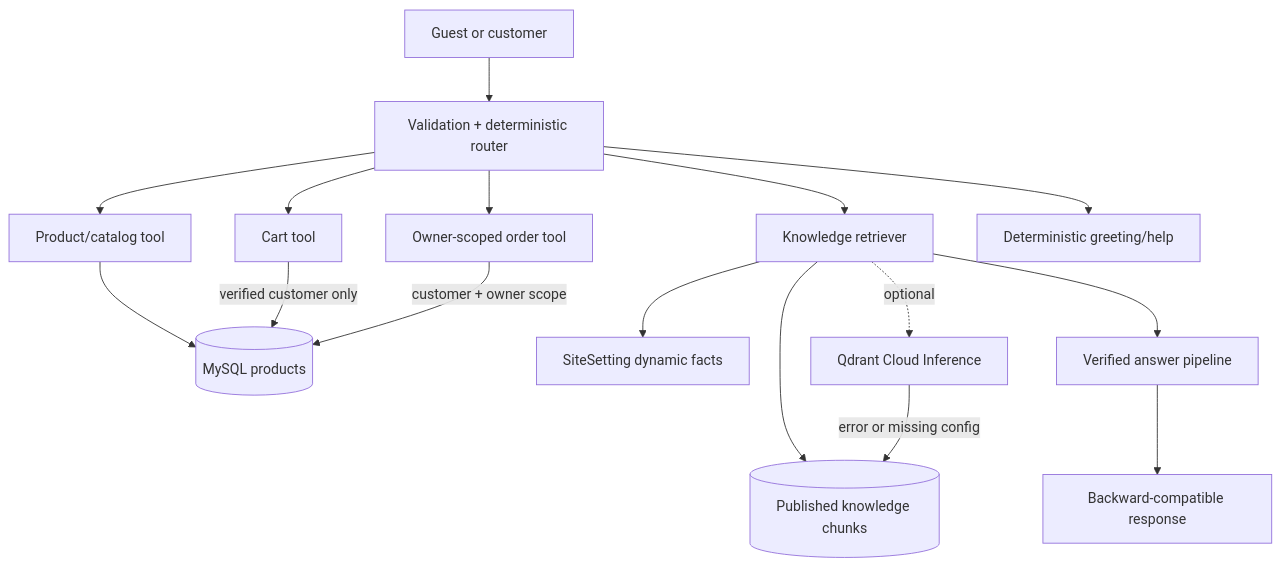
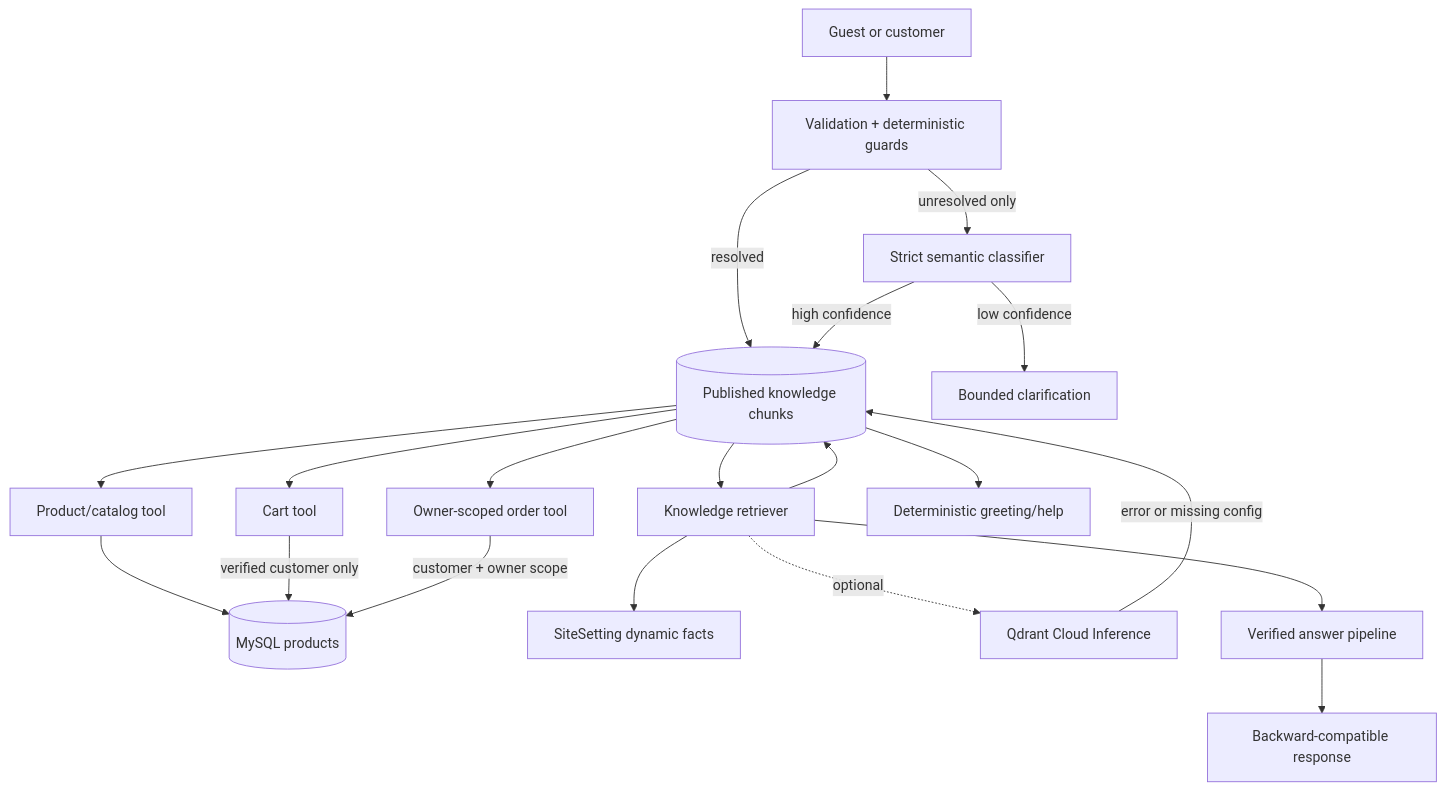
The diagram in docs/chat-architecture.md (khanhlinhcode/BE_Farta-Market-), drawn with Mermaid before and after one commit. The commit also changed other lines of this file and 26 other files, not shown here.

````diff
--- a/docs/chat-architecture.md
+++ b/docs/chat-architecture.md
@@ -10,18 +10,22 @@
 ```mermaid
 flowchart TD
-    U[Guest or customer] --> API[Validation + deterministic router]
-    API --> P[Product/catalog tool]
-    API --> C[Cart tool]
-    API --> O[Owner-scoped order tool]
-    API --> K[Knowledge retriever]
-    API --> G[Deterministic greeting/help]
+    U[Guest or customer] --> API[Validation + deterministic guards]
+    API -->|resolved| D[Bounded intent]
+    API -->|unresolved only| R[Strict semantic classifier]
+    R -->|low confidence| Q[Bounded clarification]
+    R -->|high confidence| D
+    D --> P[Product/catalog tool]
+    D --> C[Cart tool]
+    D --> O[Owner-scoped order tool]
+    D --> K[Knowledge retriever]
+    D --> G[Deterministic greeting/help]
     P --> DB[(MySQL products)]
     C -->|verified customer only| DB
     O -->|customer + owner scope| DB
     K --> S[SiteSetting dynamic facts]
     K --> D[(Published knowledge chunks)]
     K -. optional .-> V[Qdrant Cloud Inference]
     V -->|error or missing config| D
     K --> A[Verified answer pipeline]
     A --> OUT[Backward-compatible response]
 ```
````
